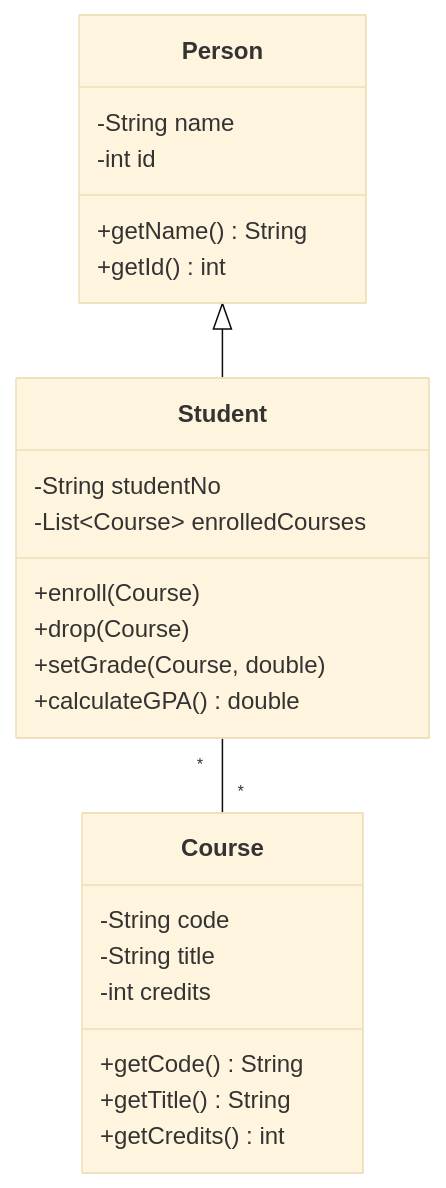
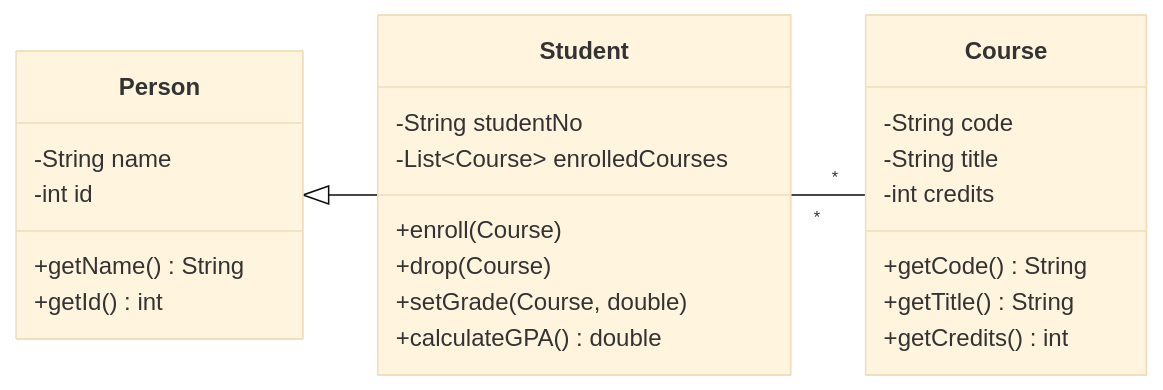
Before and after one commit to kaanvsc/student-class-diagramvsc: the diagram in README.md, drawn with Mermaid (base theme).

Commit message:
README.md

````diff
--- a/README.md
+++ b/README.md
@@ -22,28 +22,29 @@
 ```mermaid
 classDiagram
+    direction LR
     Person <|-- Student
     Student "*" -- "*" Course
 
     class Person {
         -String name
         -int id
         +getName() String
         +getId() int
     }
     class Student {
         -String studentNo
         -List~Course~ enrolledCourses
         +enroll(Course)
         +drop(Course)
         +setGrade(Course, double)
         +calculateGPA() double
     }
     class Course {
         -String code
         -String title
         -int credits
         +getCode() String
         +getTitle() String
         +getCredits() int
     }
 ```
````
